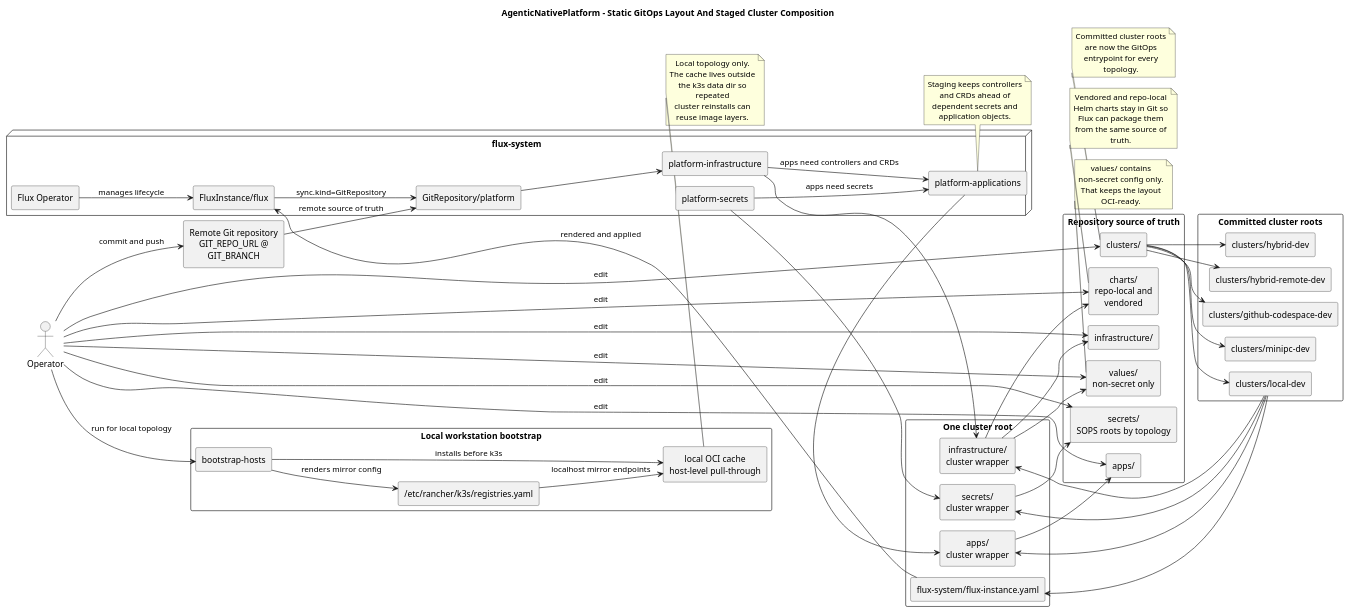
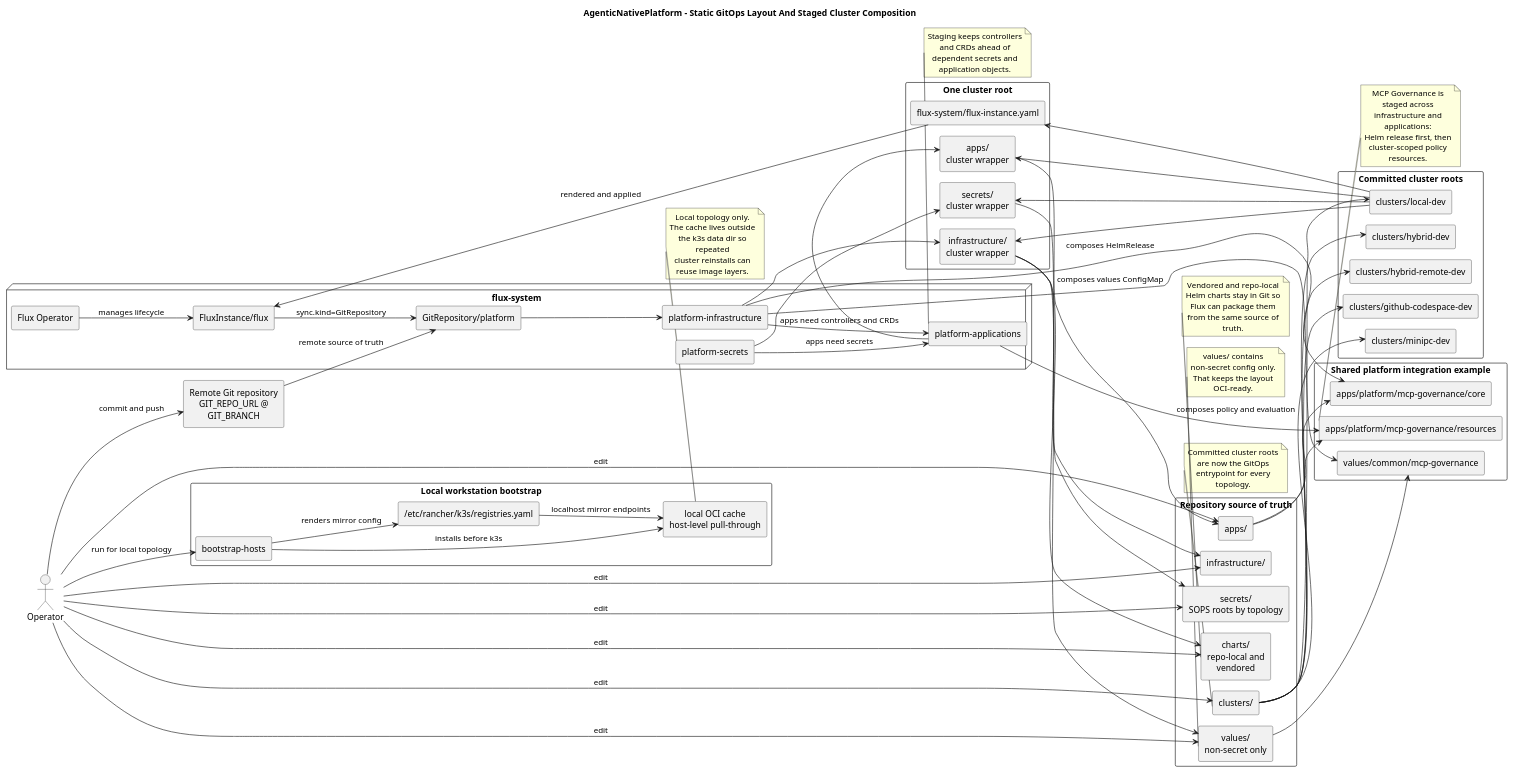
Before and after one commit to Shkirmantsev/AgenticNativePlatform: the diagram in .assets/architecture-current-profiles.puml, drawn with PlantUML. The commit also changed 11 other files, not shown here.

Commit message:
Update architecture information

```diff
--- a/.assets/architecture-current-profiles.puml
+++ b/.assets/architecture-current-profiles.puml
@@ -1,124 +1,141 @@
 @startuml
 !pragma layout smetana
 title AgenticNativePlatform - Static GitOps Layout And Staged Cluster Composition
 
 left to right direction
 skinparam shadowing false
 skinparam packageStyle rectangle
 skinparam componentStyle rectangle
 skinparam wrapWidth 160
 skinparam defaultTextAlignment center
 hide stereotype
 
 actor "Operator" as Operator
 rectangle "Remote Git repository\nGIT_REPO_URL @ GIT_BRANCH" as RemoteRepo
 
 package "Repository source of truth" {
   component "clusters/" as RepoClusters
   component "infrastructure/" as RepoInfrastructure
   component "apps/" as RepoApps
   component "charts/\nrepo-local and vendored" as RepoCharts
   component "values/\nnon-secret only" as RepoValues
   component "secrets/\nSOPS roots by topology" as RepoSecrets
+}
+
+package "Shared platform integration example" {
+  component "values/common/mcp-governance" as MCPGValues
+  component "apps/platform/mcp-governance/core" as MCPGCore
+  component "apps/platform/mcp-governance/resources" as MCPGResources
 }
 
 package "Local workstation bootstrap" {
   component "bootstrap-hosts" as BootstrapHosts
   component "local OCI cache\nhost-level pull-through" as LocalOciCache
   component "/etc/rancher/k3s/registries.yaml" as K3sRegistries
 }
 
 package "Committed cluster roots" {
   component "clusters/local-dev" as ClusterLocal
   component "clusters/github-codespace-dev" as ClusterCodespace
   component "clusters/minipc-dev" as ClusterMiniPC
   component "clusters/hybrid-dev" as ClusterHybrid
   component "clusters/hybrid-remote-dev" as ClusterHybridRemote
 }
 
 package "One cluster root" {
   component "flux-system/flux-instance.yaml" as ClusterFluxInstance
   component "infrastructure/\ncluster wrapper" as ClusterInfrastructure
   component "secrets/\ncluster wrapper" as ClusterSecrets
   component "apps/\ncluster wrapper" as ClusterApps
 }
 
 node "flux-system" {
   component "Flux Operator" as FluxOperator
   component "FluxInstance/flux" as FluxInstance
   component "GitRepository/platform" as GitRepository
   component "platform-infrastructure" as PlatformInfrastructure
   component "platform-secrets" as PlatformSecrets
   component "platform-applications" as PlatformApplications
 }
 
 Operator --> RepoClusters : edit
 Operator --> RepoInfrastructure : edit
 Operator --> RepoApps : edit
 Operator --> RepoCharts : edit
 Operator --> RepoValues : edit
 Operator --> RepoSecrets : edit
 Operator --> RemoteRepo : commit and push
 Operator --> BootstrapHosts : run for local topology
 
 RepoClusters --> ClusterLocal
 RepoClusters --> ClusterCodespace
 RepoClusters --> ClusterMiniPC
 RepoClusters --> ClusterHybrid
 RepoClusters --> ClusterHybridRemote
 
 ClusterLocal --> ClusterFluxInstance
 ClusterLocal --> ClusterInfrastructure
 ClusterLocal --> ClusterSecrets
 ClusterLocal --> ClusterApps
 
 FluxOperator --> FluxInstance : manages lifecycle
 ClusterFluxInstance --> FluxInstance : rendered and applied
 FluxInstance --> GitRepository : sync.kind=GitRepository
 RemoteRepo --> GitRepository : remote source of truth
 
 BootstrapHosts --> LocalOciCache : installs before k3s
 BootstrapHosts --> K3sRegistries : renders mirror config
 K3sRegistries --> LocalOciCache : localhost mirror endpoints
 
 GitRepository --> PlatformInfrastructure
 PlatformInfrastructure --> PlatformApplications : apps need controllers and CRDs
 PlatformSecrets --> PlatformApplications : apps need secrets
 
 PlatformInfrastructure --> ClusterInfrastructure
 PlatformSecrets --> ClusterSecrets
 PlatformApplications --> ClusterApps
 
 ClusterInfrastructure --> RepoInfrastructure
 ClusterInfrastructure --> RepoCharts
 ClusterInfrastructure --> RepoValues
 ClusterSecrets --> RepoSecrets
 ClusterApps --> RepoApps
+RepoValues --> MCPGValues
+RepoApps --> MCPGCore
+RepoApps --> MCPGResources
+PlatformInfrastructure --> MCPGValues : composes values ConfigMap
+PlatformInfrastructure --> MCPGCore : composes HelmRelease
+PlatformApplications --> MCPGResources : composes policy and evaluation
 
 note bottom of RepoClusters
 Committed cluster roots are now the GitOps
 entrypoint for every topology.
 end note
 
 note bottom of RepoValues
 values/ contains non-secret config only.
 That keeps the layout OCI-ready.
 end note
 
 note bottom of PlatformApplications
 Staging keeps controllers and CRDs ahead of
 dependent secrets and application objects.
 end note
 
 note bottom of RepoCharts
 Vendored and repo-local Helm charts stay in Git so
 Flux can package them from the same source of truth.
 end note
 
+note bottom of MCPGResources
+MCP Governance is staged across infrastructure and applications:
+Helm release first, then cluster-scoped policy resources.
+end note
+
 note bottom of LocalOciCache
 Local topology only.
 The cache lives outside the k3s data dir so repeated
 cluster reinstalls can reuse image layers.
 end note
 
 @enduml
```
